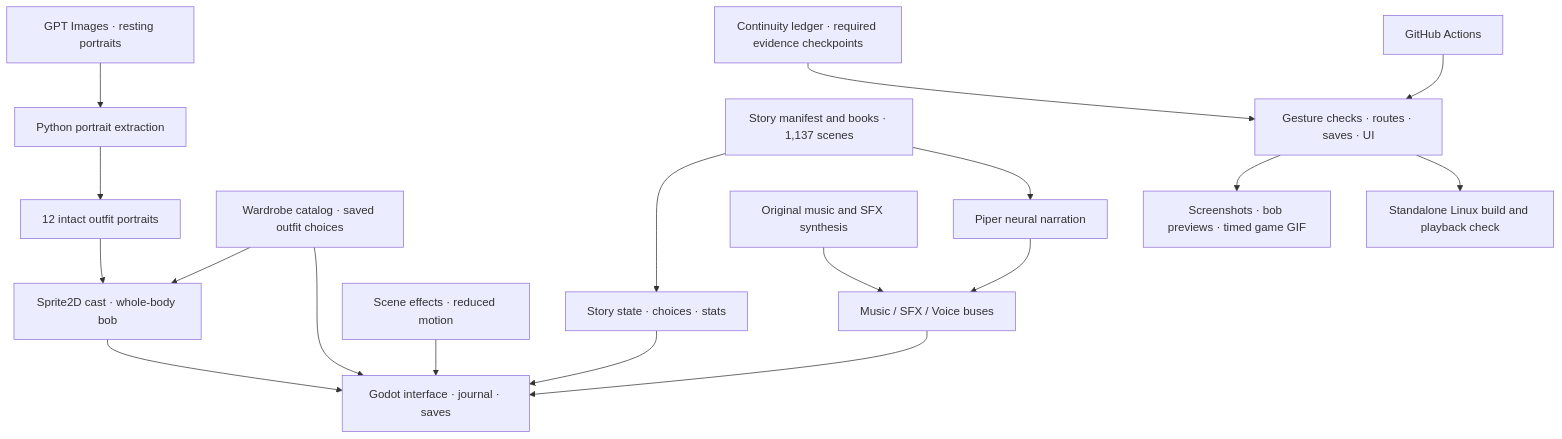
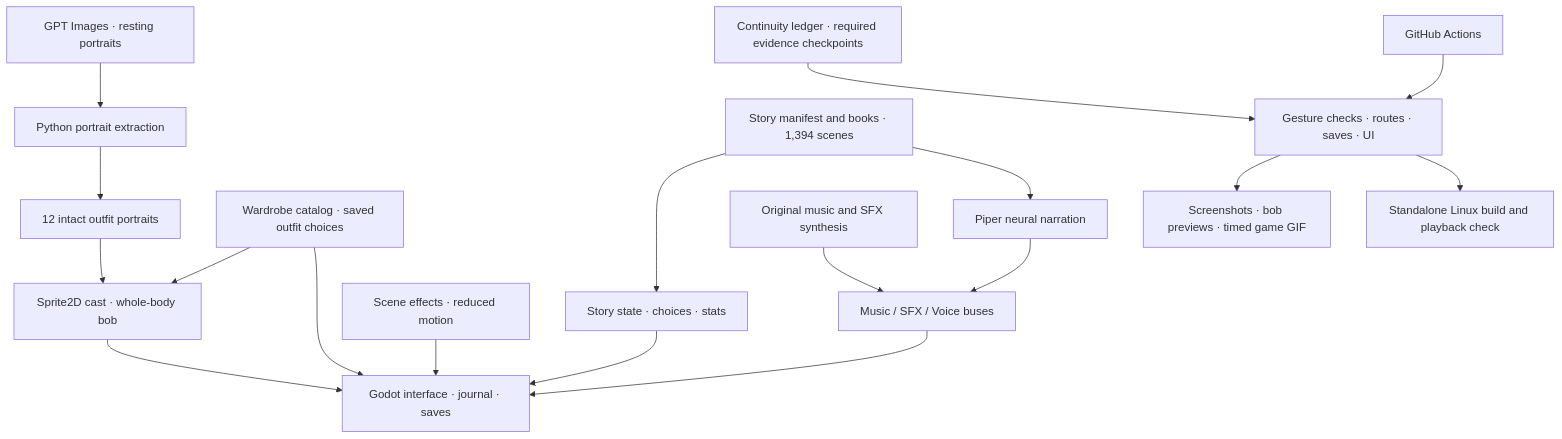
The diagram in README.md (jgyy/octxian), drawn with Mermaid before and after one commit. The commit also changed other lines of this file and 19 other files, not shown here.

````diff
--- a/README.md
+++ b/README.md
@@ -192,20 +200,20 @@
 ```mermaid
 flowchart TD
     GPT["GPT Images · resting portraits"] --> Prep["Python portrait extraction"]
     Prep --> Portraits["12 intact outfit portraits"]
     Portraits --> Cast["Sprite2D cast · whole-body bob"]
-    JSON["Story manifest and books · 1,137 scenes"] --> State["Story state · choices · stats"]
+    JSON["Story manifest and books · 1,394 scenes"] --> State["Story state · choices · stats"]
     Canon["Continuity ledger · required evidence checkpoints"] --> Verify
     Effects["Scene effects · reduced motion"] --> UI
     State --> UI["Godot interface · journal · saves"]
     Wardrobe["Wardrobe catalog · saved outfit choices"] --> Cast
     Wardrobe --> UI
     Cast --> UI
     JSON --> Piper["Piper neural narration"]
     Synth["Original music and SFX synthesis"] --> Audio["Music / SFX / Voice buses"]
     Piper --> Audio
     Audio --> UI
     CI["GitHub Actions"] --> Verify["Gesture checks · routes · saves · UI"]
     Verify --> Capture["Screenshots · bob previews · timed game GIF"]
     Verify --> Build["Standalone Linux build and playback check"]
 ```
````
